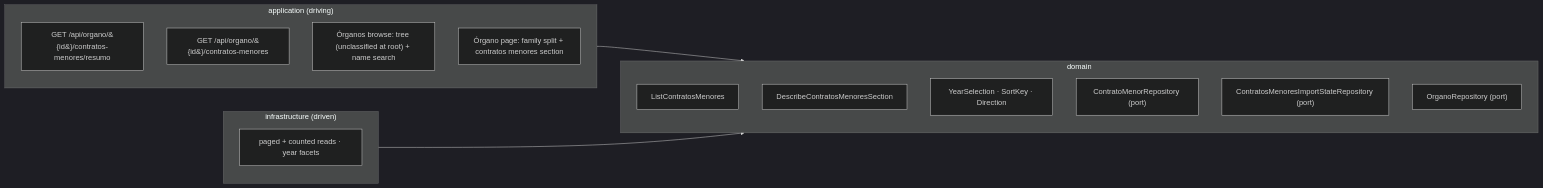
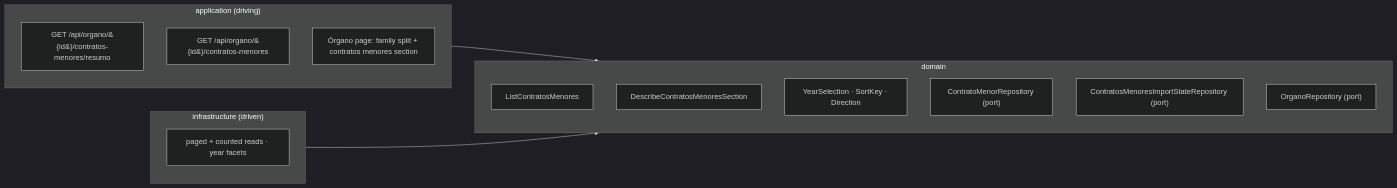
One commit to earelin/conxugal changed the diagram in docs/features/FEAT-0011-contratos-menores-browsing/README.md. Above: the diagram before and after it, drawn with Mermaid (dark theme). The commit also changed other lines of this file and 1 other file, not shown here.

````diff
--- a/docs/features/FEAT-0011-contratos-menores-browsing/README.md
+++ b/docs/features/FEAT-0011-contratos-menores-browsing/README.md
@@ -137,22 +134,21 @@
 ```mermaid
 flowchart LR
     subgraph application["application (driving)"]
         resumoApi["GET /api/organo/&#123;id&#125;/contratos-menores/resumo"]
         listApi["GET /api/organo/&#123;id&#125;/contratos-menores"]
-        browseUi["Órganos browse: tree (unclassified at root) + name search"]
         pageUi["Órgano page: family split + contratos menores section"]
     end
     subgraph domain["domain"]
         listUc["ListContratosMenores"]
         resumoUc["DescribeContratosMenoresSection"]
         selection["YearSelection · SortKey · Direction"]
         contratoRepo["ContratoMenorRepository (port)"]
         stateRepo["ContratosMenoresImportStateRepository (port)"]
         organoRepo["OrganoRepository (port)"]
     end
     subgraph infrastructure["infrastructure (driven)"]
         jdbcReads["paged + counted reads · year facets"]
     end
     application --> domain
     infrastructure --> domain
 ```
````
